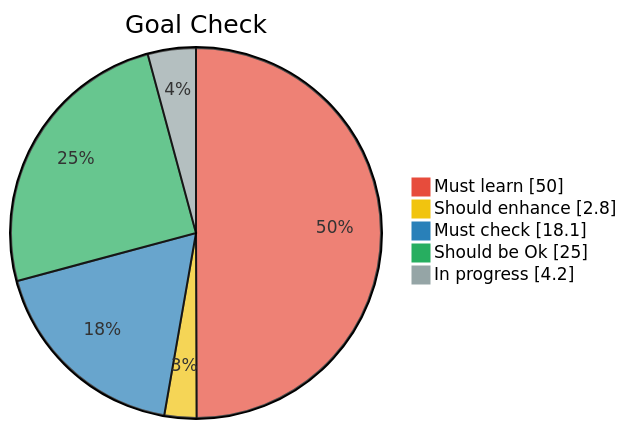
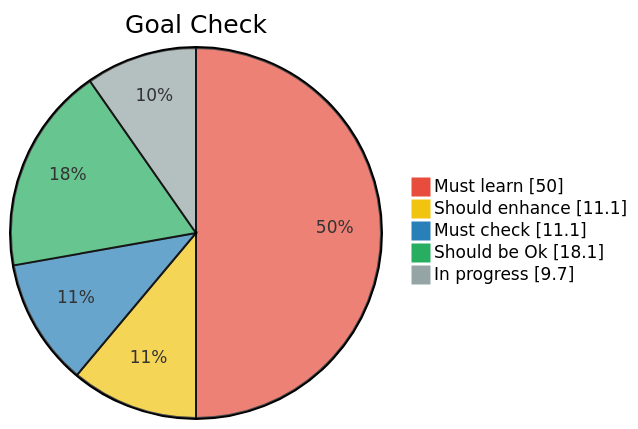
One commit to nadnone/nadnone changed the diagram in README.md. Above: the diagram before and after it, drawn with Mermaid.

Commit message:
update pie graph

````diff
--- a/README.md
+++ b/README.md
@@ -7,27 +7,27 @@
 ```mermaid
 
 %%{
 init: 
     {
     "theme": "black",
     "themeVariables": 
         {   
             "pie1": "#e74c3c",
             "pie2": "#f1c40f",
             "pie3": "#2980b9",
             "pie4": "#27ae60",
             "pie5": "#95a5a6"
         }
     }
 }%%
 
 pie showData
     title Goal Check
     "Must learn": 50.0
-    "Should enhance": 2.8
-    "Must check": 18.1
-    "Should be Ok": 25.0
-    "In progress": 4.2
+    "Should enhance": 11.1
+    "Must check": 11.1
+    "Should be Ok": 18.1
+    "In progress": 9.7
 
 
 ```
````
